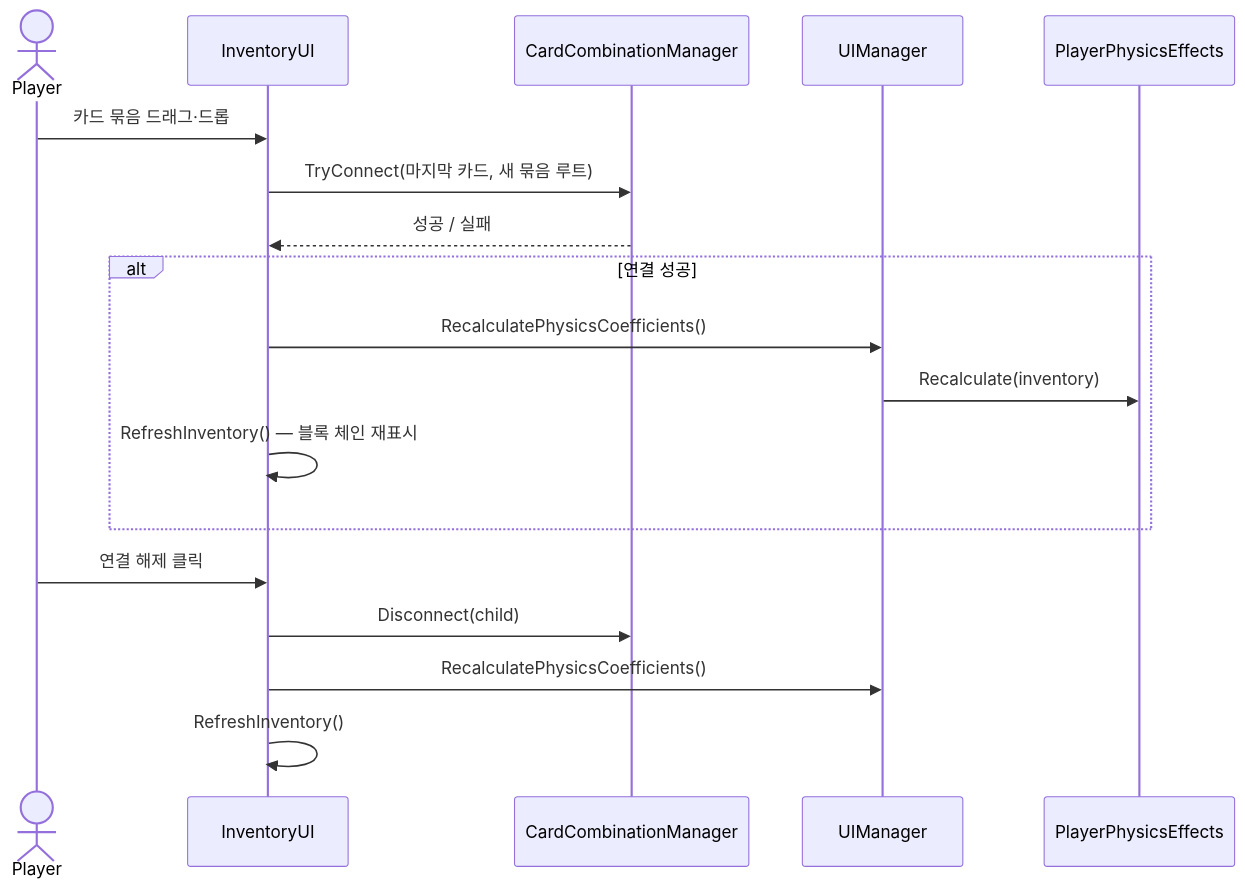
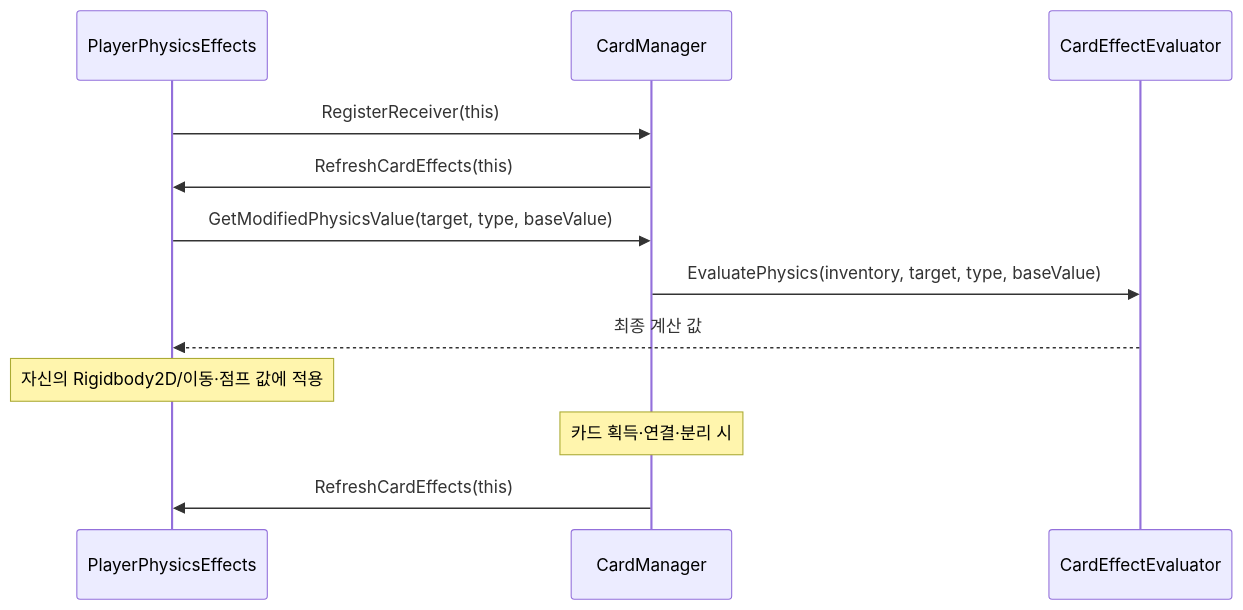
One commit to junsik316/PatchNote changed the second of 2 diagrams in docs/ARCHITECTURE.md. Above: the diagram before and after it, drawn with Mermaid. The commit also changed other lines of this file, not shown here.

````diff
--- a/docs/ARCHITECTURE.md
+++ b/docs/ARCHITECTURE.md
@@ -174,20 +61,14 @@
 ```mermaid
 sequenceDiagram
-    actor Player
-    participant Inv as InventoryUI
-    participant Combo as CardCombinationManager
-    participant UIM as UIManager
-    participant P as PlayerPhysicsEffects
-    Player->>Inv: 카드 묶음 드래그·드롭
-    Inv->>Combo: TryConnect(마지막 카드, 새 묶음 루트)
-    Combo-->>Inv: 성공 / 실패
-    alt 연결 성공
-        Inv->>UIM: RecalculatePhysicsCoefficients()
-        UIM->>P: Recalculate(inventory)
-        Inv->>Inv: RefreshInventory() — 블록 체인 재표시
-    end
-    Player->>Inv: 연결 해제 클릭
-    Inv->>Combo: Disconnect(child)
-    Inv->>UIM: RecalculatePhysicsCoefficients()
-    Inv->>Inv: RefreshInventory()
+  participant Receiver as PlayerPhysicsEffects
+  participant Card as CardManager
+  participant Evaluator as CardEffectEvaluator
+  Receiver->>Card: RegisterReceiver(this)
+  Card->>Receiver: RefreshCardEffects(this)
+  Receiver->>Card: GetModifiedPhysicsValue(target, type, baseValue)
+  Card->>Evaluator: EvaluatePhysics(inventory, target, type, baseValue)
+  Evaluator-->>Receiver: 최종 계산 값
+  Note over Receiver: 자신의 Rigidbody2D/이동·점프 값에 적용
+  Note over Card: 카드 획득·연결·분리 시
+  Card->>Receiver: RefreshCardEffects(this)
 ```
````
